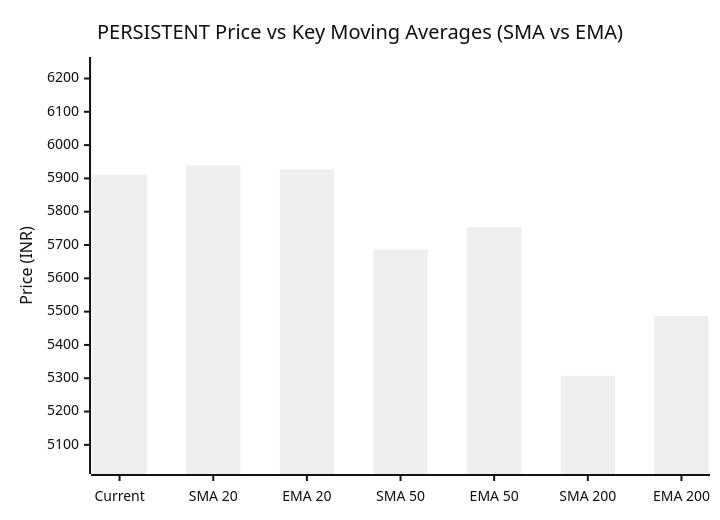
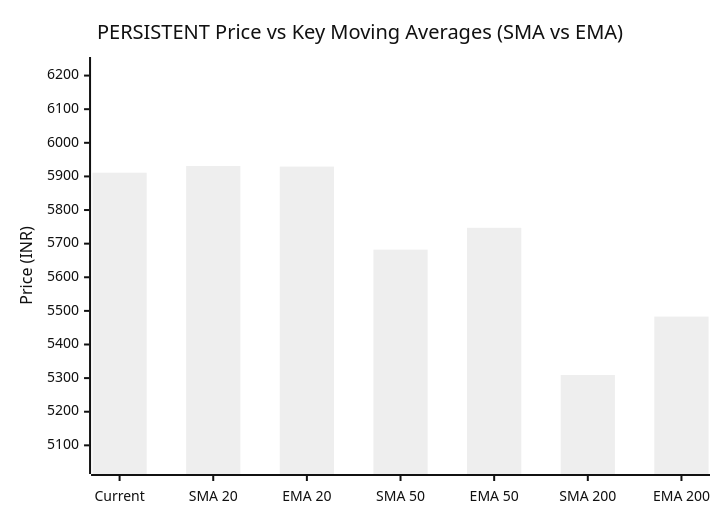
Before and after one commit to purnareddy9/dev: the third of 3 diagrams in market-intelligence/stocks/PERSISTENT/README.md, drawn with Mermaid (neutral theme). The commit also changed other lines of this file and 3 other files, not shown here.

````diff
--- a/market-intelligence/stocks/PERSISTENT/README.md
+++ b/market-intelligence/stocks/PERSISTENT/README.md
@@ -104,7 +104,7 @@
 ```mermaid
 xychart-beta
     title "PERSISTENT Price vs Key Moving Averages (SMA vs EMA)"
     x-axis ["Current", "SMA 20", "EMA 20", "SMA 50", "EMA 50", "SMA 200", "EMA 200"]
-    y-axis "Price (INR)" 5041 --> 6236
-    bar [5911.0, 5939.35, 5927.55, 5686.57, 5753.55, 5307.21, 5487.31]
+    y-axis "Price (INR)" 5043 --> 6227
+    bar [5911.0, 5930.85, 5929.29, 5682.15, 5747.12, 5309.26, 5483.05]
 ```
````
